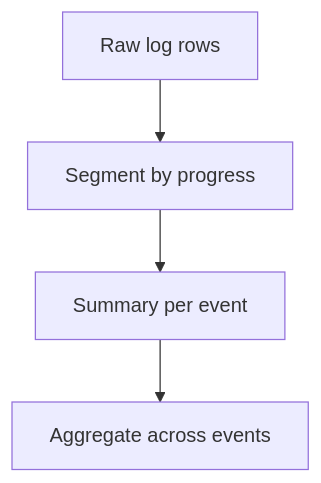
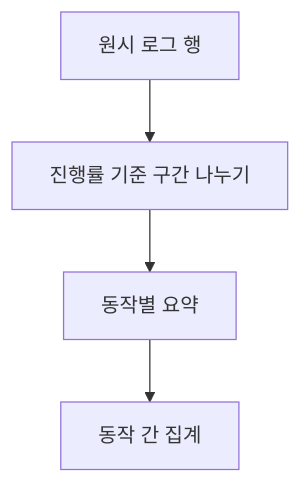
The diagram in docs/parts/part-03/chapter-05/section-01.md (devchan64/AiBook), drawn with Mermaid before and after one commit. The commit also changed 45 other files, not shown here.

Commit message:
docs: localize part 3 mermaid diagrams

````diff
--- a/docs/parts/part-03/chapter-05/section-01.md
+++ b/docs/parts/part-03/chapter-05/section-01.md
@@ -35,6 +35,6 @@
 ```mermaid
 flowchart TD
-    A[Raw log rows] --> B[Segment by progress]
-    B --> C[Summary per event]
-    C --> D[Aggregate across events]
+    A[원시 로그 행] --> B[진행률 기준 구간 나누기]
+    B --> C[동작별 요약]
+    C --> D[동작 간 집계]
 ```
````
